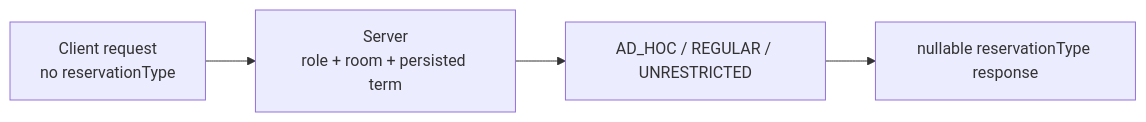
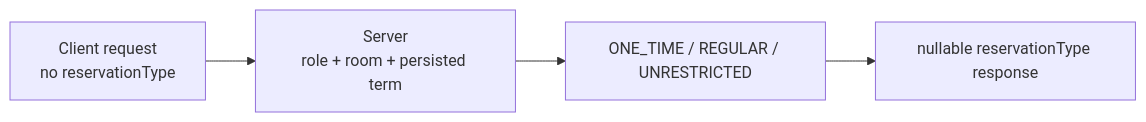
Before and after one commit to wafflestudio/csereal-server: the diagram in docs/reservation-client-handoff.md, drawn with Mermaid. The commit also changed other lines of this file and 2 other files, not shown here.

Commit message:
docs(reservation): use ONE_TIME terminology

````diff
--- a/docs/reservation-client-handoff.md
+++ b/docs/reservation-client-handoff.md
@@ -7,6 +7,6 @@
 ```mermaid
 flowchart LR
     Client["Client request<br/>no reservationType"] --> Server["Server<br/>role + room + persisted term"]
-    Server --> Result["AD_HOC / REGULAR / UNRESTRICTED"]
+    Server --> Result["ONE_TIME / REGULAR / UNRESTRICTED"]
     Result --> Response["nullable reservationType response"]
 ```
````
